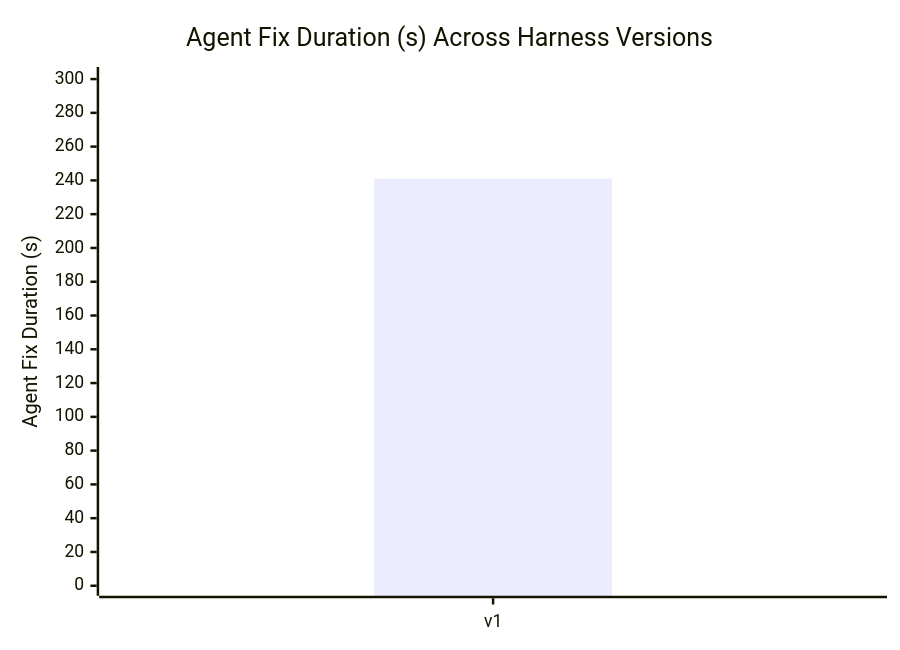
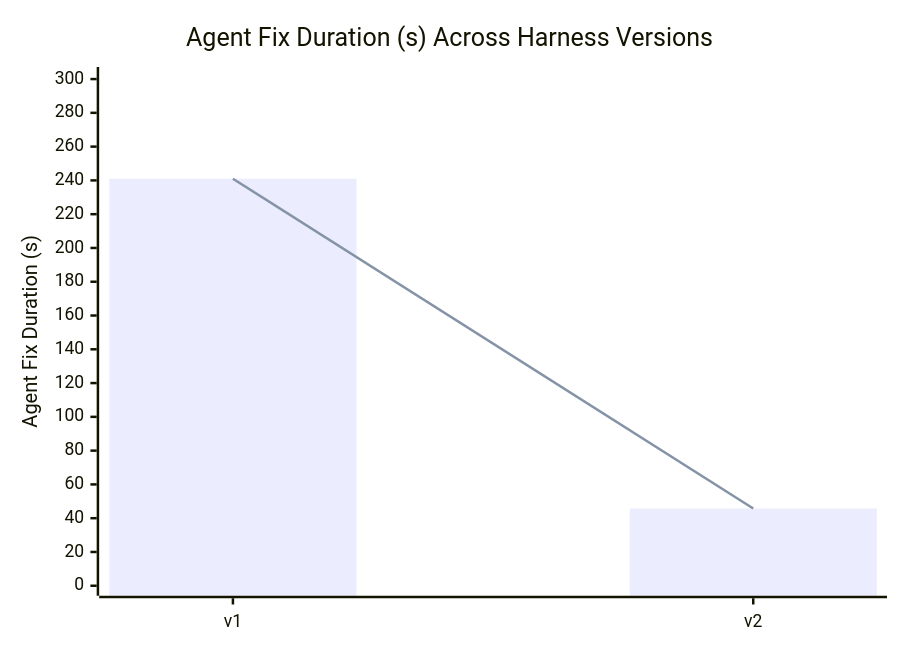
The diagram in PERFORMANCE_REPORT.md (denizin42/cs440-lab6-thealgorithms-contrib), drawn with Mermaid before and after one commit. The commit also changed other lines of this file and 2 other files, not shown here.

````diff
--- a/PERFORMANCE_REPORT.md
+++ b/PERFORMANCE_REPORT.md
@@ -20,8 +20,8 @@
 ```mermaid
 xychart-beta
     title "Agent Fix Duration (s) Across Harness Versions"
-    x-axis ["v1"]
+    x-axis ["v1", "v2"]
     y-axis "Agent Fix Duration (s)" 0 --> 301.22
-    bar [240.975]
-    line [240.975]
+    bar [240.975, 45.724]
+    line [240.975, 45.724]
 ```
````
